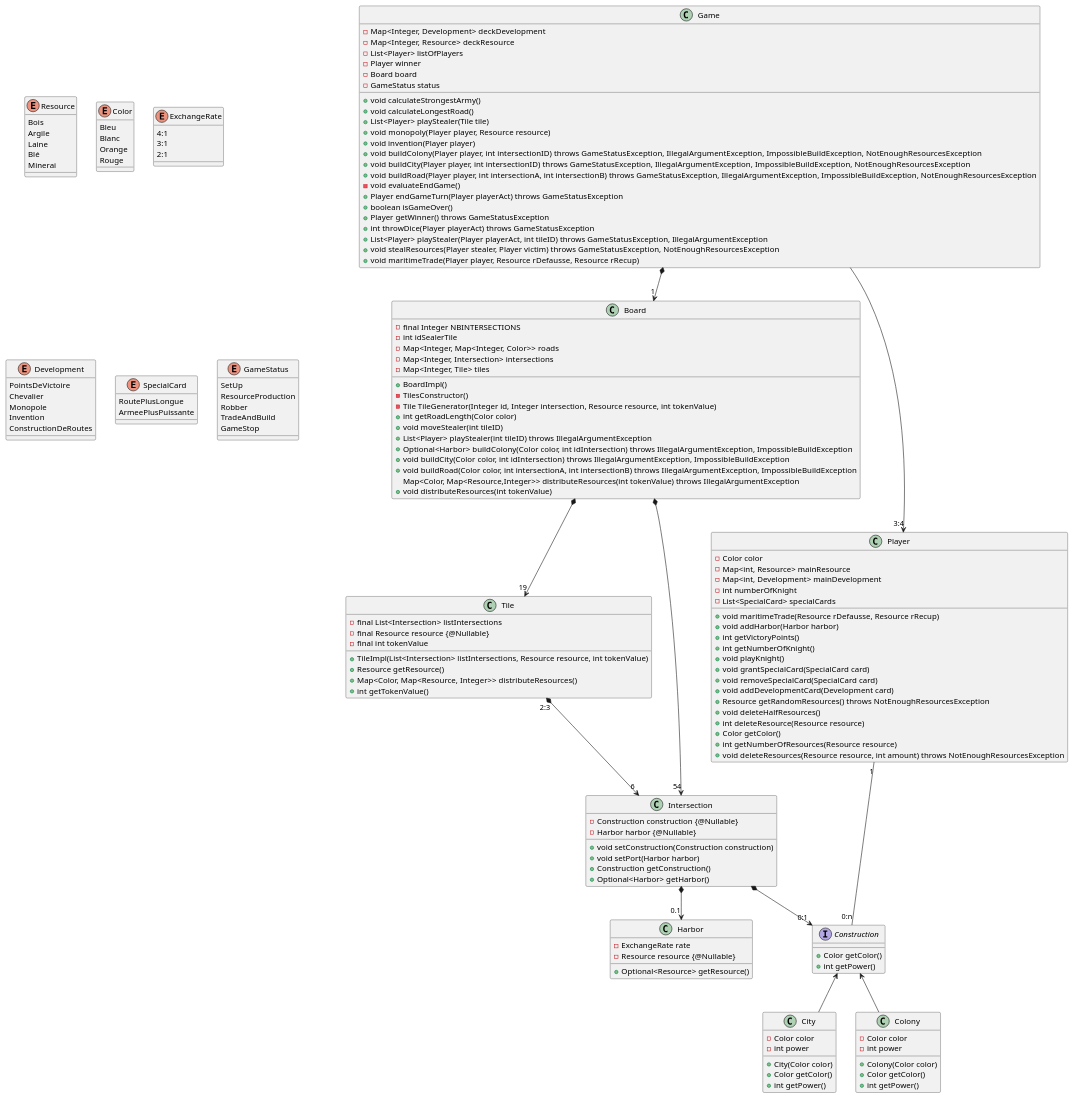
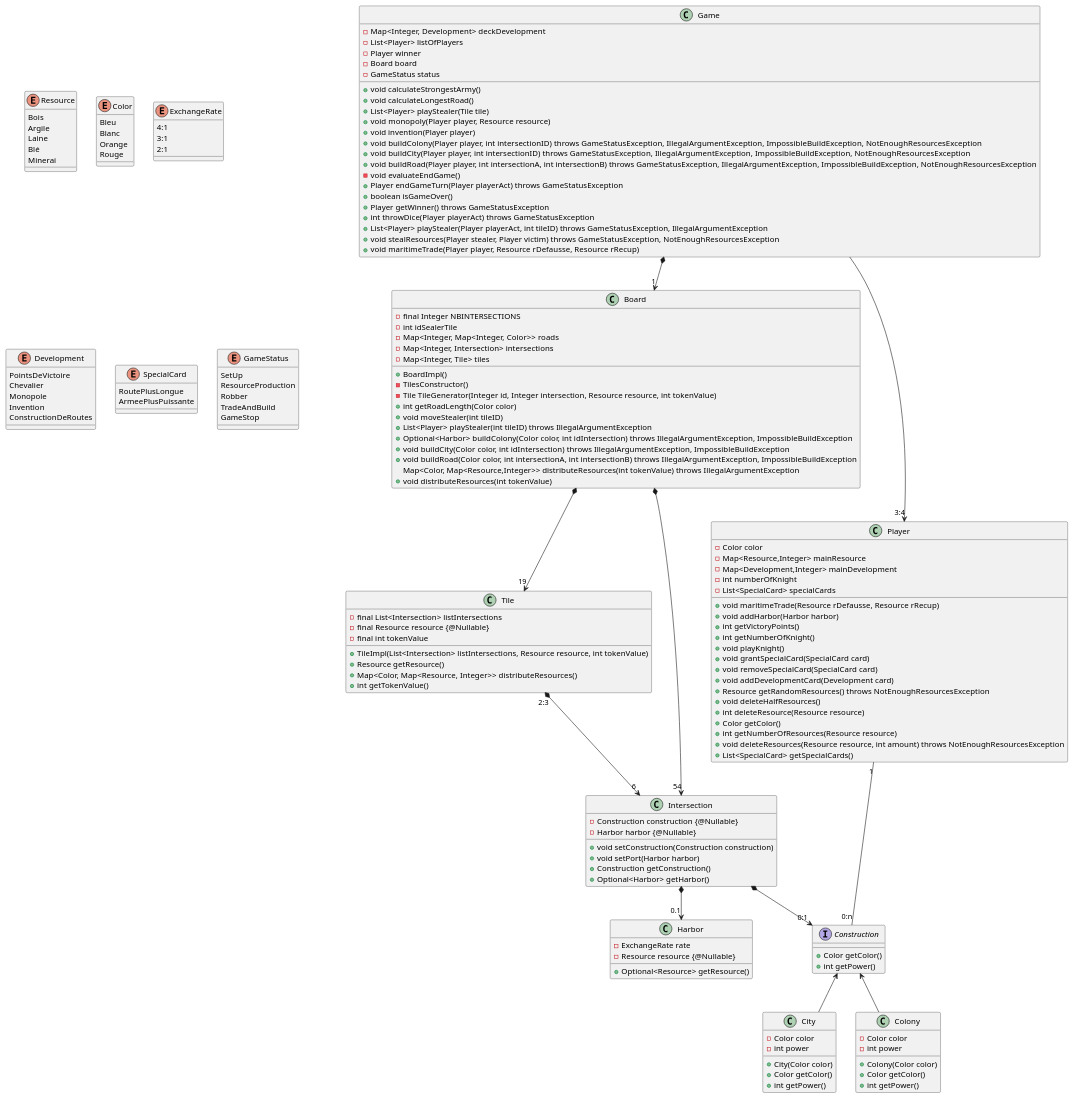
Before and after one commit to Lapin-Obez/colon_de_catane: the diagram in catan-doc/modules/conception/examples/gameClassDiag.plantuml, drawn with PlantUML. The commit also changed 5 other files, not shown here.

```diff
--- a/catan-doc/modules/conception/examples/gameClassDiag.plantuml
+++ b/catan-doc/modules/conception/examples/gameClassDiag.plantuml
@@ -1,183 +1,183 @@
 @startuml
 
 enum Resource {
     Bois
     Argile
     Laine
     Blé
     Minerai
 }
 
 enum Color {
     Bleu
     Blanc
     Orange
     Rouge
 }
 
 enum ExchangeRate {
     4:1
     3:1
     2:1
 }
 
 enum Development {
     PointsDeVictoire
     Chevalier
     Monopole
     Invention
     ConstructionDeRoutes
 }
 
 enum SpecialCard {
     RoutePlusLongue
     ArmeePlusPuissante
 }
 
 enum GameStatus {
     SetUp
     ResourceProduction
     Robber
     TradeAndBuild
     GameStop
 }
 
 class Game {
     - Map<Integer, Development> deckDevelopment
-    - Map<Integer, Resource> deckResource
     - List<Player> listOfPlayers
     - Player winner
     - Board board
     - GameStatus status
 
     + void calculateStrongestArmy()
     + void calculateLongestRoad()
     + List<Player> playStealer(Tile tile)
     + void monopoly(Player player, Resource resource)
     + void invention(Player player)
     + void buildColony(Player player, int intersectionID) throws GameStatusException, IllegalArgumentException, ImpossibleBuildException, NotEnoughResourcesException
     + void buildCity(Player player, int intersectionID) throws GameStatusException, IllegalArgumentException, ImpossibleBuildException, NotEnoughResourcesException
     + void buildRoad(Player player, int intersectionA, int intersectionB) throws GameStatusException, IllegalArgumentException, ImpossibleBuildException, NotEnoughResourcesException
     - void evaluateEndGame()
     + Player endGameTurn(Player playerAct) throws GameStatusException
     + boolean isGameOver()
     + Player getWinner() throws GameStatusException
     + int throwDice(Player playerAct) throws GameStatusException
     + List<Player> playStealer(Player playerAct, int tileID) throws GameStatusException, IllegalArgumentException
     + void stealResources(Player stealer, Player victim) throws GameStatusException, NotEnoughResourcesException
     + void maritimeTrade(Player player, Resource rDefausse, Resource rRecup)
 }
 
 class Board {
     - final Integer NBINTERSECTIONS
     - int idSealerTile
     - Map<Integer, Map<Integer, Color>> roads
     - Map<Integer, Intersection> intersections
     - Map<Integer, Tile> tiles
 
     + BoardImpl()
     - TilesConstructor()
     - Tile TileGenerator(Integer id, Integer intersection, Resource resource, int tokenValue)
     + int getRoadLength(Color color)
     + void moveStealer(int tileID)
     + List<Player> playStealer(int tileID) throws IllegalArgumentException
     +Optional<Harbor> buildColony(Color color, int idIntersection) throws IllegalArgumentException, ImpossibleBuildException
     + void buildCity(Color color, int idIntersection) throws IllegalArgumentException, ImpossibleBuildException
     + void buildRoad(Color color, int intersectionA, int intersectionB) throws IllegalArgumentException, ImpossibleBuildException
     Map<Color, Map<Resource,Integer>> distributeResources(int tokenValue) throws IllegalArgumentException
     + void distributeResources(int tokenValue)
 }
 
 class Harbor{
     - ExchangeRate rate
     - Resource resource {@Nullable}
 
     + Optional<Resource> getResource()
 }
 
 class Tile{
     - final List<Intersection> listIntersections
     - final Resource resource {@Nullable}
     - final int tokenValue
 
     + TileImpl(List<Intersection> listIntersections, Resource resource, int tokenValue)
     + Resource getResource()
     + Map<Color, Map<Resource, Integer>> distributeResources()
     + int getTokenValue()
 }
 
 class Intersection{
     - Construction construction {@Nullable}
     - Harbor harbor {@Nullable}
 
     + void setConstruction(Construction construction)
     + void setPort(Harbor harbor)
     + Construction getConstruction()
     + Optional<Harbor> getHarbor()
 }
 
 class Player{
     - Color color
-    - Map<int, Resource> mainResource
-    - Map<int, Development> mainDevelopment
+    - Map<Resource,Integer> mainResource
+    - Map<Development,Integer> mainDevelopment
     - int numberOfKnight
     - List<SpecialCard> specialCards
 
     + void maritimeTrade(Resource rDefausse, Resource rRecup)
     + void addHarbor(Harbor harbor)
     + int getVictoryPoints()
     + int getNumberOfKnight()
     + void playKnight()
     + void grantSpecialCard(SpecialCard card)
     + void removeSpecialCard(SpecialCard card)
     + void addDevelopmentCard(Development card)
     + Resource getRandomResources() throws NotEnoughResourcesException
     + void deleteHalfResources()
     + int deleteResource(Resource resource)
     + Color getColor()
     + int getNumberOfResources(Resource resource)
     + void deleteResources(Resource resource, int amount) throws NotEnoughResourcesException
+    + List<SpecialCard> getSpecialCards()
 }
 
 interface Construction {
     + Color getColor()
     + int getPower()
 }
 
 class City {
     - Color color
     - int power
 
     + City(Color color)
     + Color getColor()
     + int getPower()
 }
 
 class Colony {
     - Color color
     - int power
 
     + Colony(Color color)
     + Color getColor()
     + int getPower()
 }
 
 
 
 Construction <-d- City
 Construction <-d- Colony
 
 
 Game *--> "1" Board
 Board *--> "19" Tile
 Board *--> "54" Intersection
 
 Tile "2:3" *-->"6" Intersection
 Intersection *--> "0:1" Construction
 
 Intersection *--> "0.1" Harbor
 
 Game --> "3:4" Player
 Player "1" -- "0:n" Construction
 
 @enduml
```
